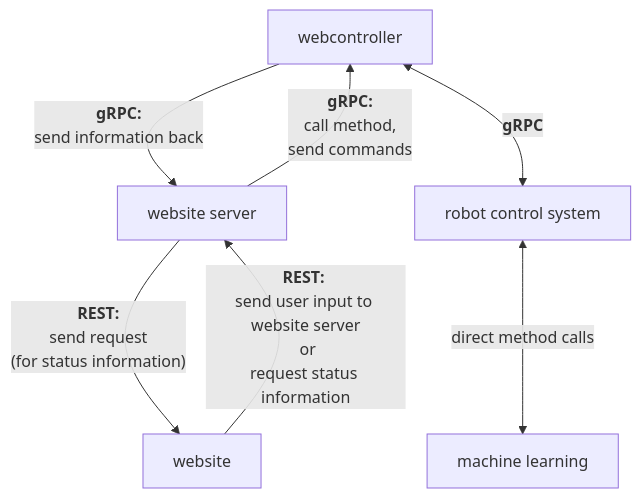
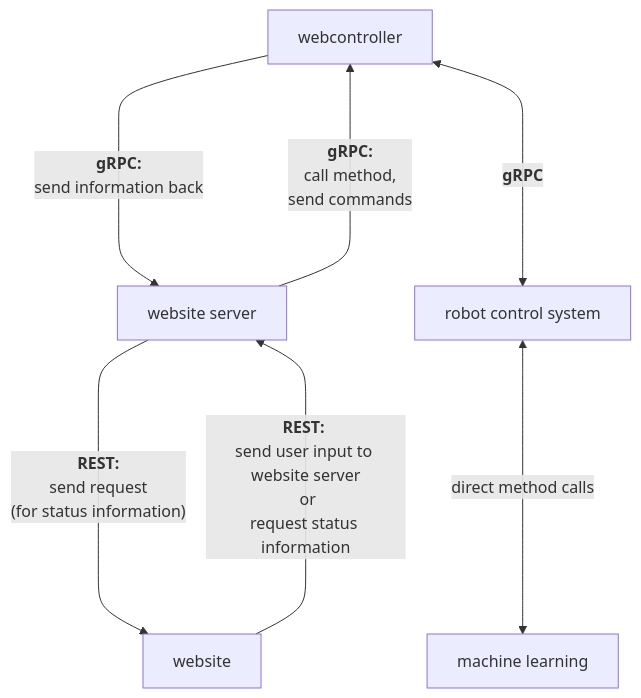
One commit to BjoernFuertges/Study_Project_Robot_Control changed the diagram in README.md. Above: the diagram before and after it, drawn with Mermaid.

Commit message:
Readme: longer arrows

````diff
--- a/README.md
+++ b/README.md
@@ -4,9 +4,9 @@
 ```mermaid
 graph TD;
-    A[webcontroller]--> |"<b>gRPC:</b> <br>send information back"| B["website server"];
-    B --> |"<b>gRPC:</b> <br>call method, <br>send commands"| A;
-    A <--> |"<b>gRPC</b>"| C["robot control system"];
-    B --> |"<b>REST:</b> <br>send request <br>(for status information)"| D["website"];
-    D --> |"<b>REST:</b> <br>send user input to website server<br> or<br>request status information"| B;
-    C <--> |"direct method calls"| E["machine learning"];
+    A[webcontroller]----> |"<b>gRPC:</b> <br>send information back"| B["website server"];
+    B ----> |"<b>gRPC:</b> <br>call method, <br>send commands"| A;
+    A <----> |"<b>gRPC</b>"| C["robot control system"];
+    B ----> |"<b>REST:</b> <br>send request <br>(for status information)"| D["website"];
+    D ----> |"<b>REST:</b> <br>send user input to website server<br> or<br>request status information"| B;
+    C <----> |"direct method calls"| E["machine learning"];
 ```
````
